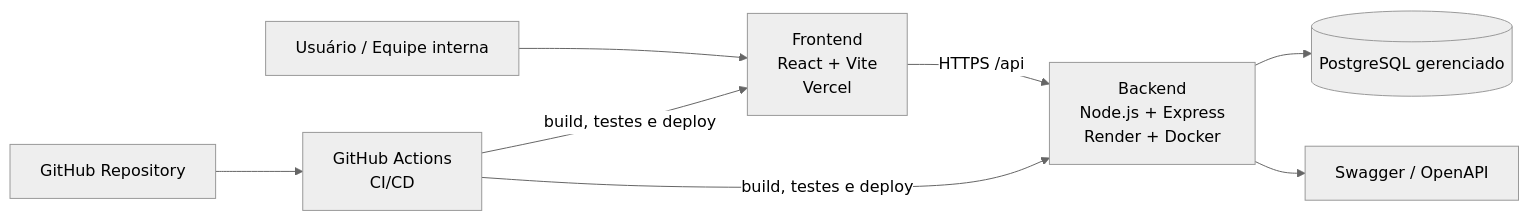
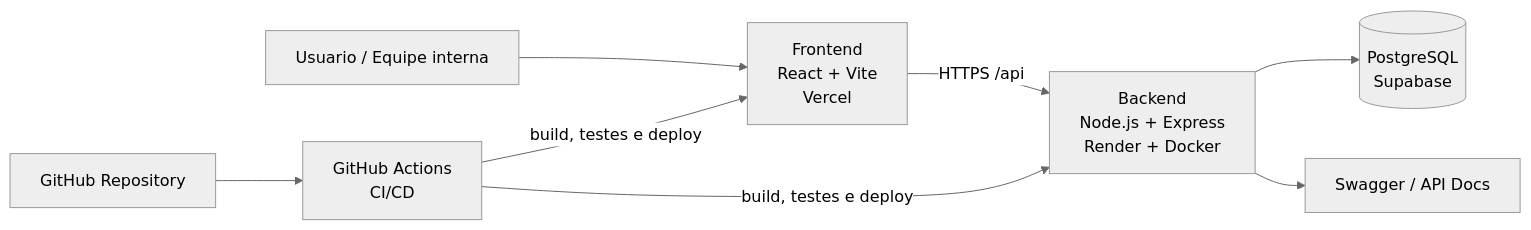
Before and after one commit to guimaraesander/comprovos: the diagram in docs/relatorio-tecnico.md, drawn with Mermaid (neutral theme). The commit also changed other lines of this file and 4 other files, not shown here.

````diff
--- a/docs/relatorio-tecnico.md
+++ b/docs/relatorio-tecnico.md
@@ -51,18 +47,18 @@
 ```mermaid
 flowchart LR
-    U[Usuário / Equipe interna]
-    F[Frontend\nReact + Vite\nVercel]
-    B[Backend\nNode.js + Express\nRender + Docker]
-    D[(PostgreSQL gerenciado)]
-    A[Swagger / OpenAPI]
-    C[GitHub Actions\nCI/CD]
+    U[Usuario / Equipe interna]
+    F[Frontend<br/>React + Vite<br/>Vercel]
+    B[Backend<br/>Node.js + Express<br/>Render + Docker]
+    D[(PostgreSQL<br/>Supabase)]
+    A[Swagger / API Docs]
+    C[GitHub Actions<br/>CI/CD]
     G[GitHub Repository]
 
     U --> F
     F -->|HTTPS /api| B
     B --> D
     B --> A
     G --> C
     C -->|build, testes e deploy| F
     C -->|build, testes e deploy| B
 ```
````
